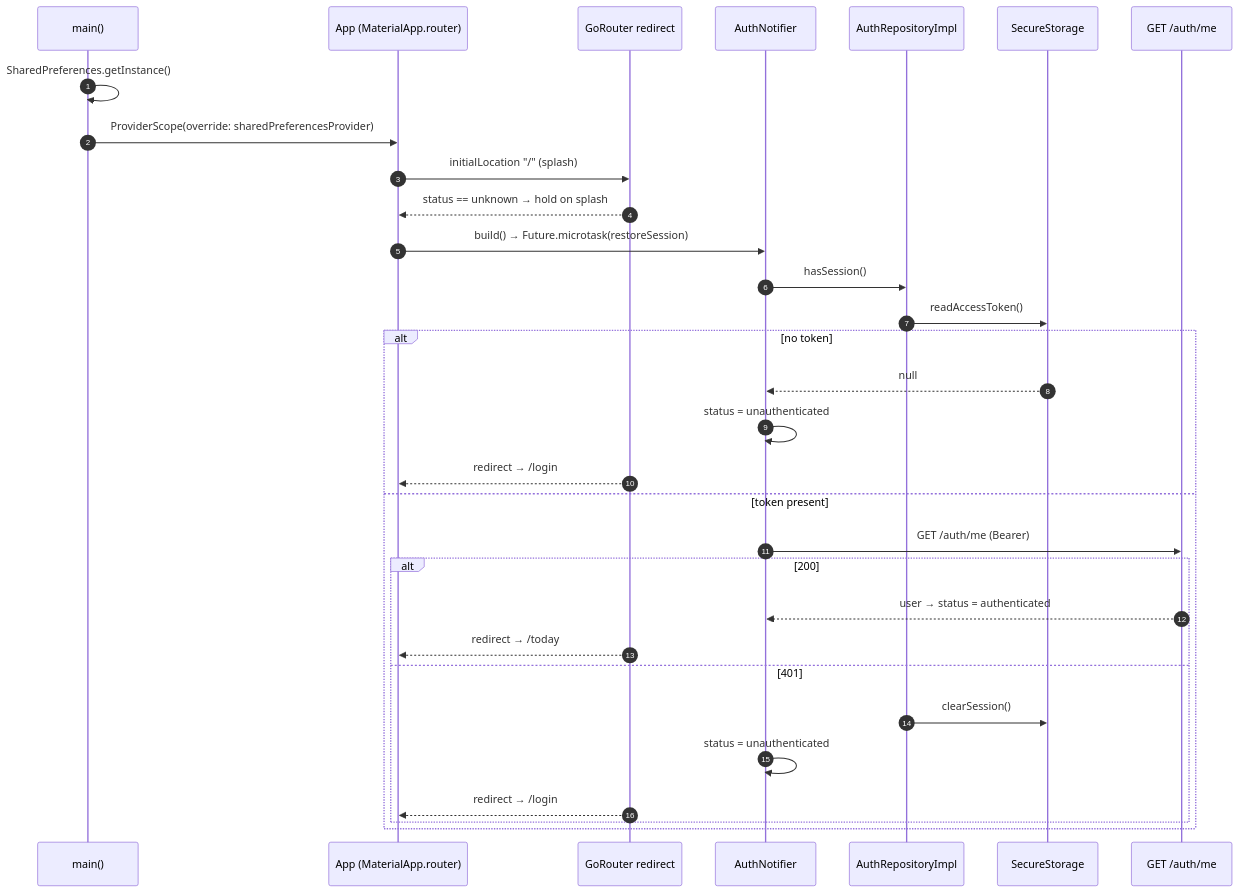
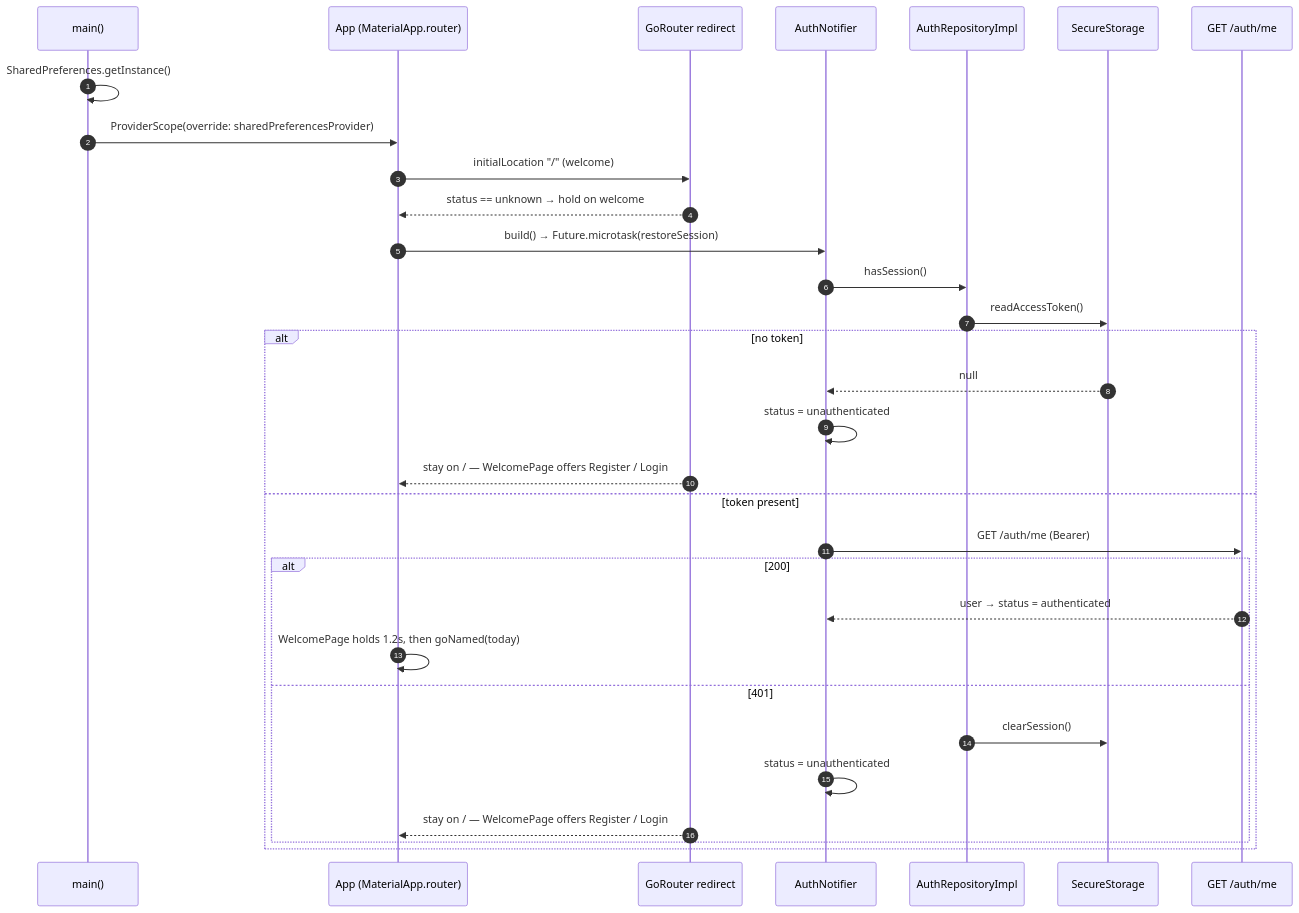
The fourth of 10 diagrams in docs/APP_FLOW.md (DuyNguyenlk22/one_percent), drawn with Mermaid before and after one commit. The commit also changed other lines of this file, not shown here.

Commit message:
docs: update app flow documentation to replace splash screen with welcome page logic

````diff
--- a/docs/APP_FLOW.md
+++ b/docs/APP_FLOW.md
@@ -95,34 +95,34 @@
 ```mermaid
 sequenceDiagram
     autonumber
     participant M as main()
     participant App as App (MaterialApp.router)
     participant R as GoRouter redirect
     participant N as AuthNotifier
     participant Repo as AuthRepositoryImpl
     participant S as SecureStorage
     participant API as GET /auth/me
 
     M->>M: SharedPreferences.getInstance()
     M->>App: ProviderScope(override: sharedPreferencesProvider)
-    App->>R: initialLocation "/" (splash)
-    R-->>App: status == unknown → hold on splash
+    App->>R: initialLocation "/" (welcome)
+    R-->>App: status == unknown → hold on welcome
     App->>N: build() → Future.microtask(restoreSession)
     N->>Repo: hasSession()
     Repo->>S: readAccessToken()
     alt no token
         S-->>N: null
         N->>N: status = unauthenticated
-        R-->>App: redirect → /login
+        R-->>App: stay on / — WelcomePage offers Register / Login
     else token present
         N->>API: GET /auth/me (Bearer)
         alt 200
             API-->>N: user → status = authenticated
-            R-->>App: redirect → /today
+            App->>App: WelcomePage holds 1.2s, then goNamed(today)
         else 401
             Repo->>S: clearSession()
             N->>N: status = unauthenticated
-            R-->>App: redirect → /login
+            R-->>App: stay on / — WelcomePage offers Register / Login
         end
     end
 ```
````
